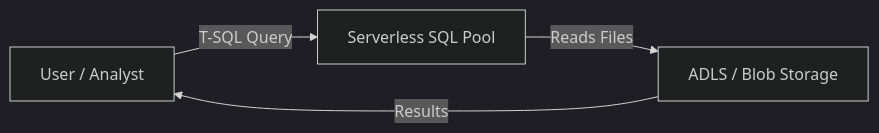
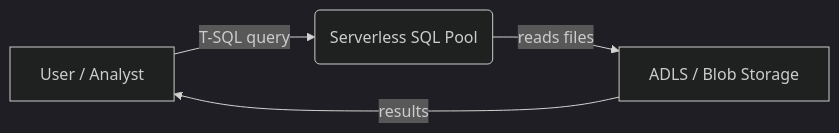
Before and after one commit to naga-vamsi-001/Azure: the first of 3 diagrams in 04-Azure_Synapse.md, drawn with Mermaid (dark theme). The commit also changed other lines of this file, not shown here.

````diff
--- a/04-Azure_Synapse.md
+++ b/04-Azure_Synapse.md
@@ -43,6 +43,6 @@
 ```mermaid
 flowchart LR
-    User[User / Analyst] -->|T-SQL Query| Serverless[Serverless SQL Pool]
-    Serverless -->|Reads Files| ADLS[ADLS / Blob Storage]
-    ADLS -->|Results| User
+    U[User / Analyst] -->|T-SQL query| Srv(Serverless SQL Pool)
+    Srv -->|reads files| ADLS[ADLS / Blob Storage]
+    ADLS -->|results| U
 ```
````
